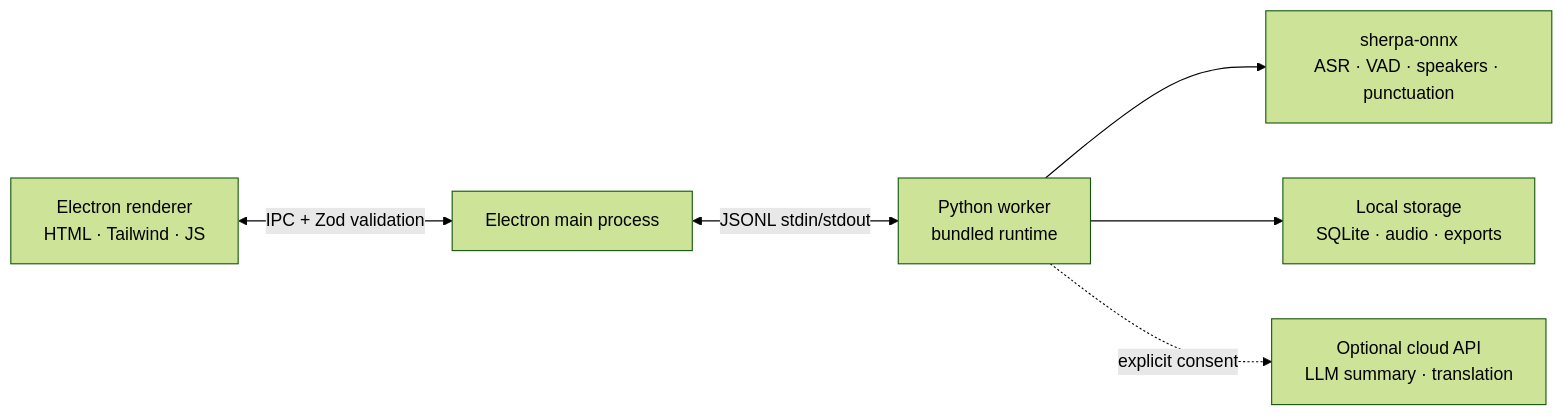
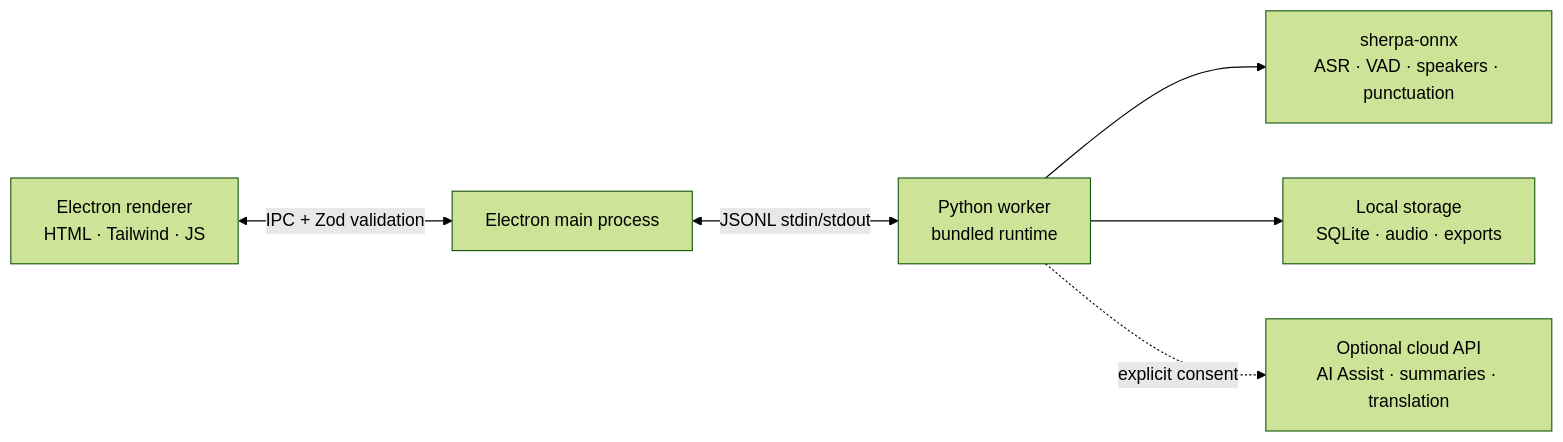
The diagram in README.md (zerolovesea/Brevia), drawn with Mermaid (forest theme) before and after one commit. The commit also changed other lines of this file and 26 other files, not shown here.

Commit message:
feat: refine AI assist and local summaries

````diff
--- a/README.md
+++ b/README.md
@@ -77,8 +84,8 @@
 ```mermaid
 flowchart LR
   A[Electron renderer<br/>HTML · Tailwind · JS] <-->|IPC + Zod validation| B[Electron main process]
   B <-->|JSONL stdin/stdout| C[Python worker<br/>bundled runtime]
   C --> D[sherpa-onnx<br/>ASR · VAD · speakers · punctuation]
   C --> E[Local storage<br/>SQLite · audio · exports]
-  C -. explicit consent .-> F[Optional cloud API<br/>LLM summary · translation]
+  C -. explicit consent .-> F[Optional cloud API<br/>AI Assist · summaries · translation]
 ```
````
